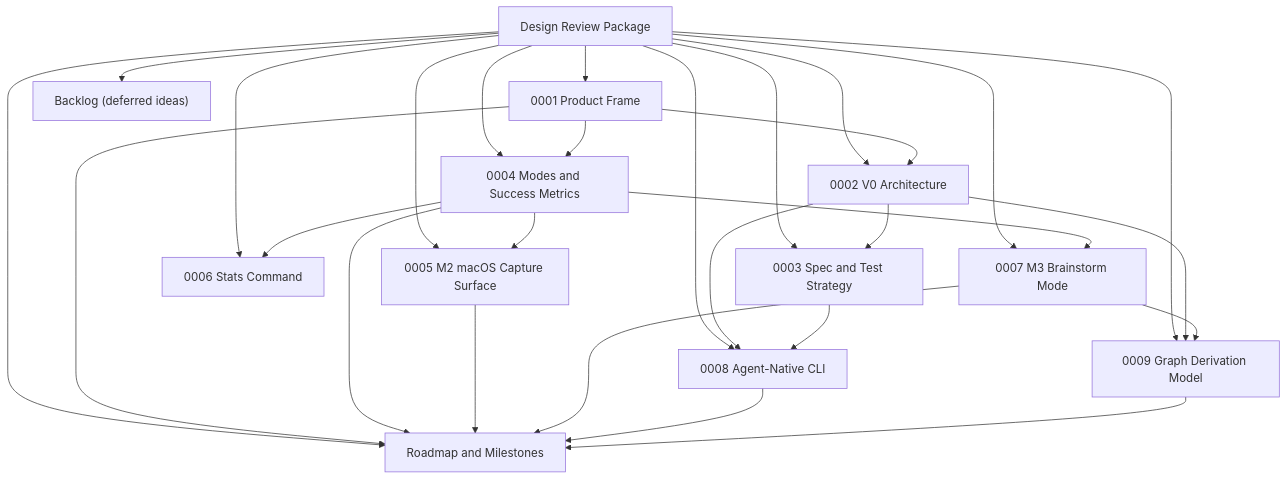
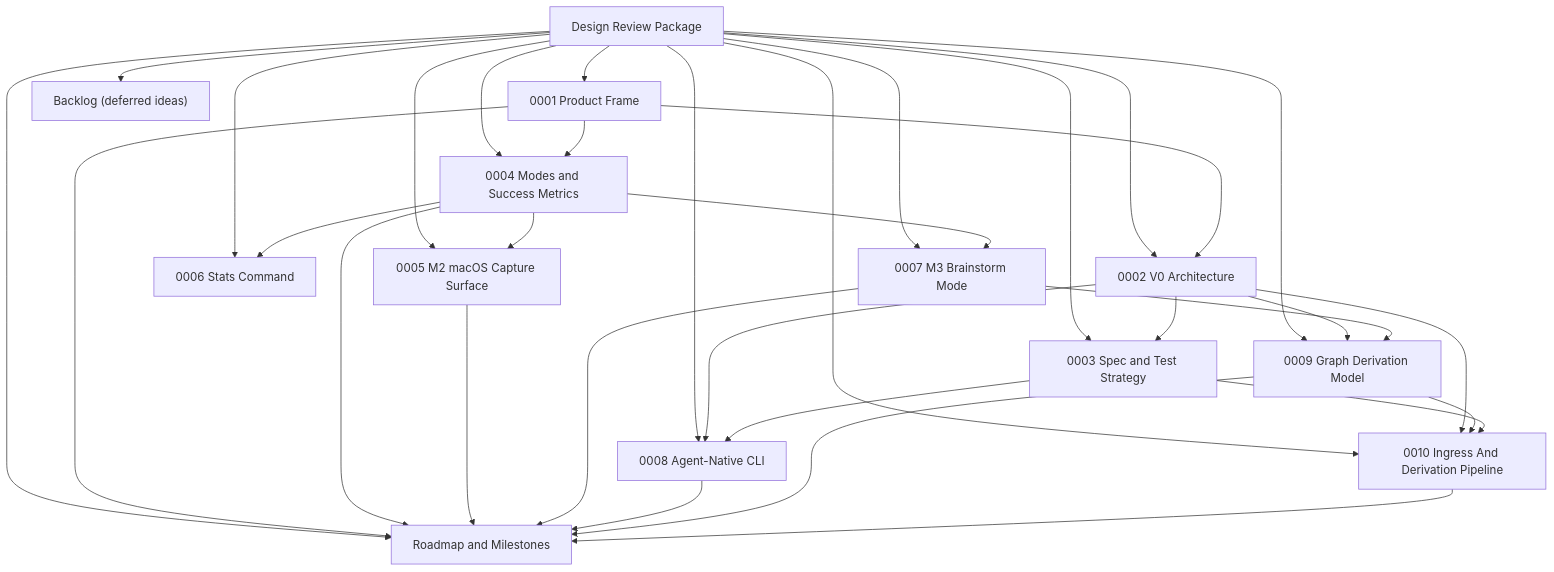
One commit to flyingrobots/think changed the diagram in docs/design/README.md. Above: the diagram before and after it, drawn with Mermaid. The commit also changed other lines of this file and 2 other files, not shown here.

Commit message:
Add ingress pipeline design note

````diff
--- a/docs/design/README.md
+++ b/docs/design/README.md
@@ -37,30 +38,35 @@
 ```mermaid
 flowchart TD
     R["Design Review Package"] --> P["0001 Product Frame"]
     R --> A["0002 V0 Architecture"]
     R --> T["0003 Spec and Test Strategy"]
     R --> M["0004 Modes and Success Metrics"]
     R --> M2["0005 M2 macOS Capture Surface"]
     R --> S["0006 Stats Command"]
     R --> B3["0007 M3 Brainstorm Mode"]
     R --> A8["0008 Agent-Native CLI"]
     R --> G9["0009 Graph Derivation Model"]
+    R --> P10["0010 Ingress And Derivation Pipeline"]
     R --> RD["Roadmap and Milestones"]
     R --> BL["Backlog (deferred ideas)"]
     P --> A
     P --> M
     A --> T
     P --> RD
     M --> RD
     M --> M2
     M --> S
     M --> B3
     A --> A8
     A --> G9
+    A --> P10
     B3 --> G9
+    G9 --> P10
     T --> A8
+    T --> P10
     M2 --> RD
     B3 --> RD
     A8 --> RD
     G9 --> RD
+    P10 --> RD
 ```
````
